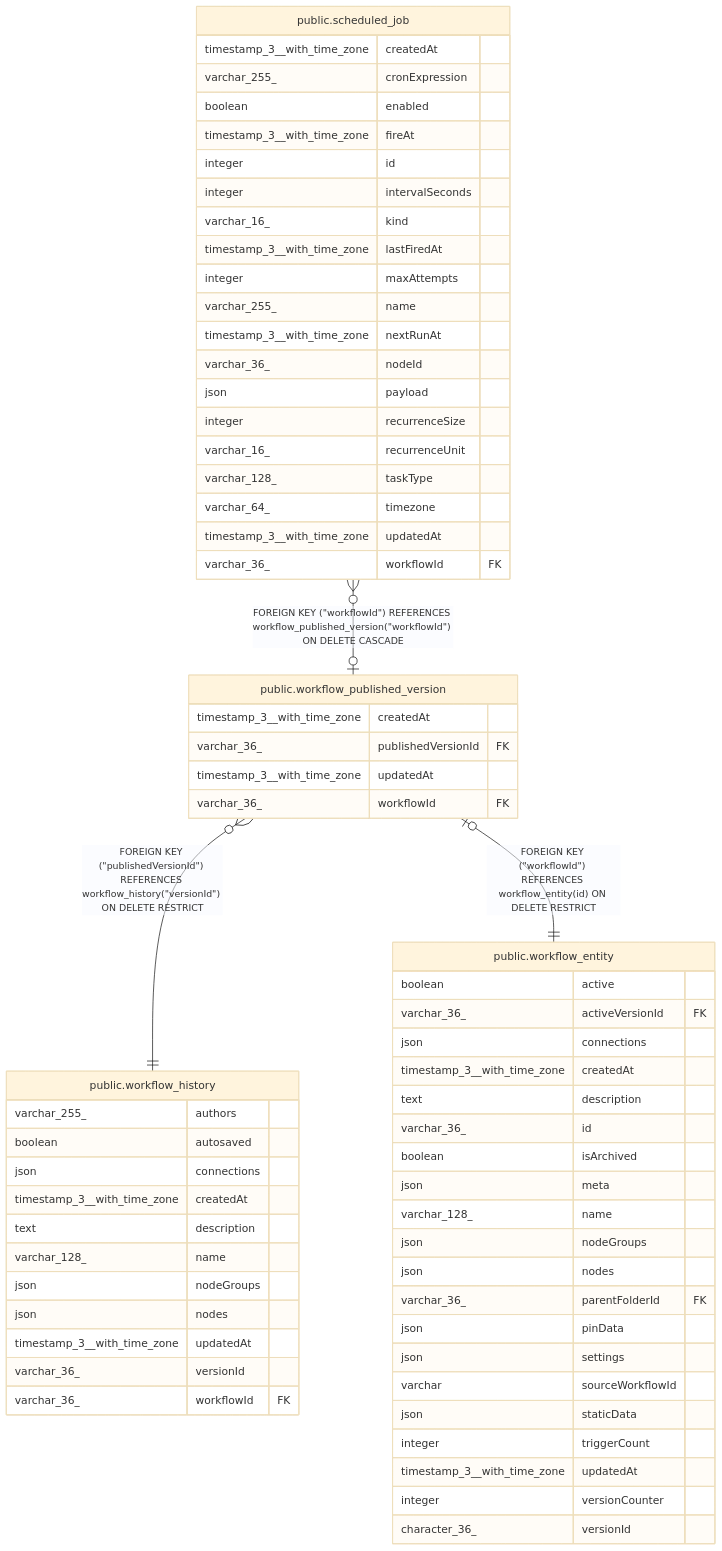
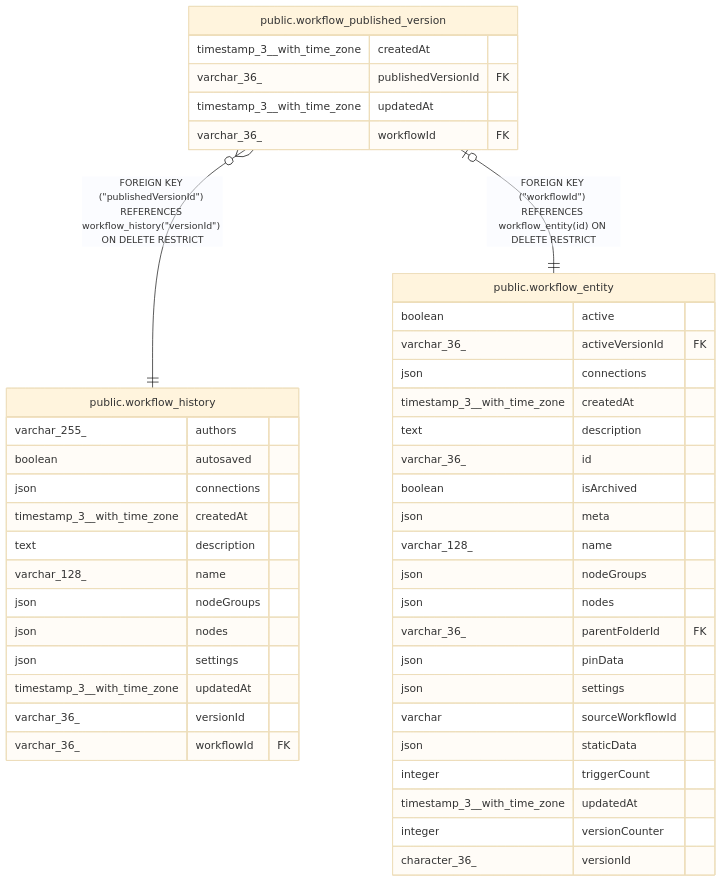
The diagram in n8n_integration/n8n_source/docs/generated/postgres-schema/public.workflow_published_version.md (koreatest12/studys), drawn with Mermaid (base theme) before and after one commit. The commit also changed other lines of this file and 23019 other files, not shown here.

````diff
--- a/n8n_integration/n8n_source/docs/generated/postgres-schema/public.workflow_published_version.md
+++ b/n8n_integration/n8n_source/docs/generated/postgres-schema/public.workflow_published_version.md
@@ -32,70 +32,49 @@
 ```mermaid
 erDiagram
 
 "public.workflow_published_version" }o--|| "public.workflow_history" : "FOREIGN KEY (#quot;publishedVersionId#quot;) REFERENCES workflow_history(#quot;versionId#quot;) ON DELETE RESTRICT"
 "public.workflow_published_version" |o--|| "public.workflow_entity" : "FOREIGN KEY (#quot;workflowId#quot;) REFERENCES workflow_entity(id) ON DELETE RESTRICT"
-"public.scheduled_job" }o--o| "public.workflow_published_version" : "FOREIGN KEY (#quot;workflowId#quot;) REFERENCES workflow_published_version(#quot;workflowId#quot;) ON DELETE CASCADE"
 
 "public.workflow_published_version" {
   timestamp_3__with_time_zone createdAt
   varchar_36_ publishedVersionId FK
   timestamp_3__with_time_zone updatedAt
   varchar_36_ workflowId FK
 }
 "public.workflow_history" {
   varchar_255_ authors
   boolean autosaved
   json connections
   timestamp_3__with_time_zone createdAt
   text description
   varchar_128_ name
   json nodeGroups
   json nodes
+  json settings
   timestamp_3__with_time_zone updatedAt
   varchar_36_ versionId
   varchar_36_ workflowId FK
 }
 "public.workflow_entity" {
   boolean active
   varchar_36_ activeVersionId FK
   json connections
   timestamp_3__with_time_zone createdAt
   text description
   varchar_36_ id
   boolean isArchived
   json meta
   varchar_128_ name
   json nodeGroups
   json nodes
   varchar_36_ parentFolderId FK
   json pinData
   json settings
   varchar sourceWorkflowId
   json staticData
   integer triggerCount
   timestamp_3__with_time_zone updatedAt
   integer versionCounter
   character_36_ versionId
 }
-"public.scheduled_job" {
-  timestamp_3__with_time_zone createdAt
-  varchar_255_ cronExpression
-  boolean enabled
-  timestamp_3__with_time_zone fireAt
-  integer id
-  integer intervalSeconds
-  varchar_16_ kind
-  timestamp_3__with_time_zone lastFiredAt
-  integer maxAttempts
-  varchar_255_ name
-  timestamp_3__with_time_zone nextRunAt
-  varchar_36_ nodeId
-  json payload
-  integer recurrenceSize
-  varchar_16_ recurrenceUnit
-  varchar_128_ taskType
-  varchar_64_ timezone
-  timestamp_3__with_time_zone updatedAt
-  varchar_36_ workflowId FK
-}
 ```
````
